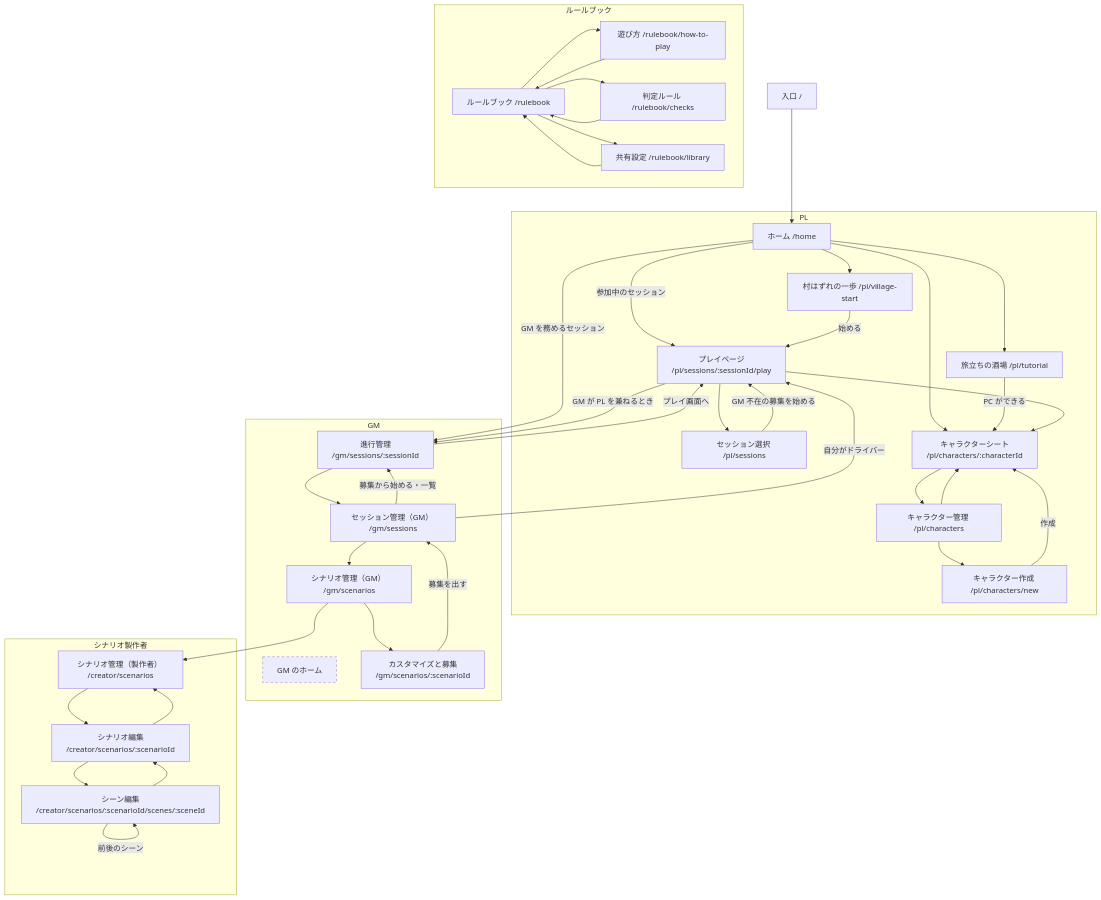
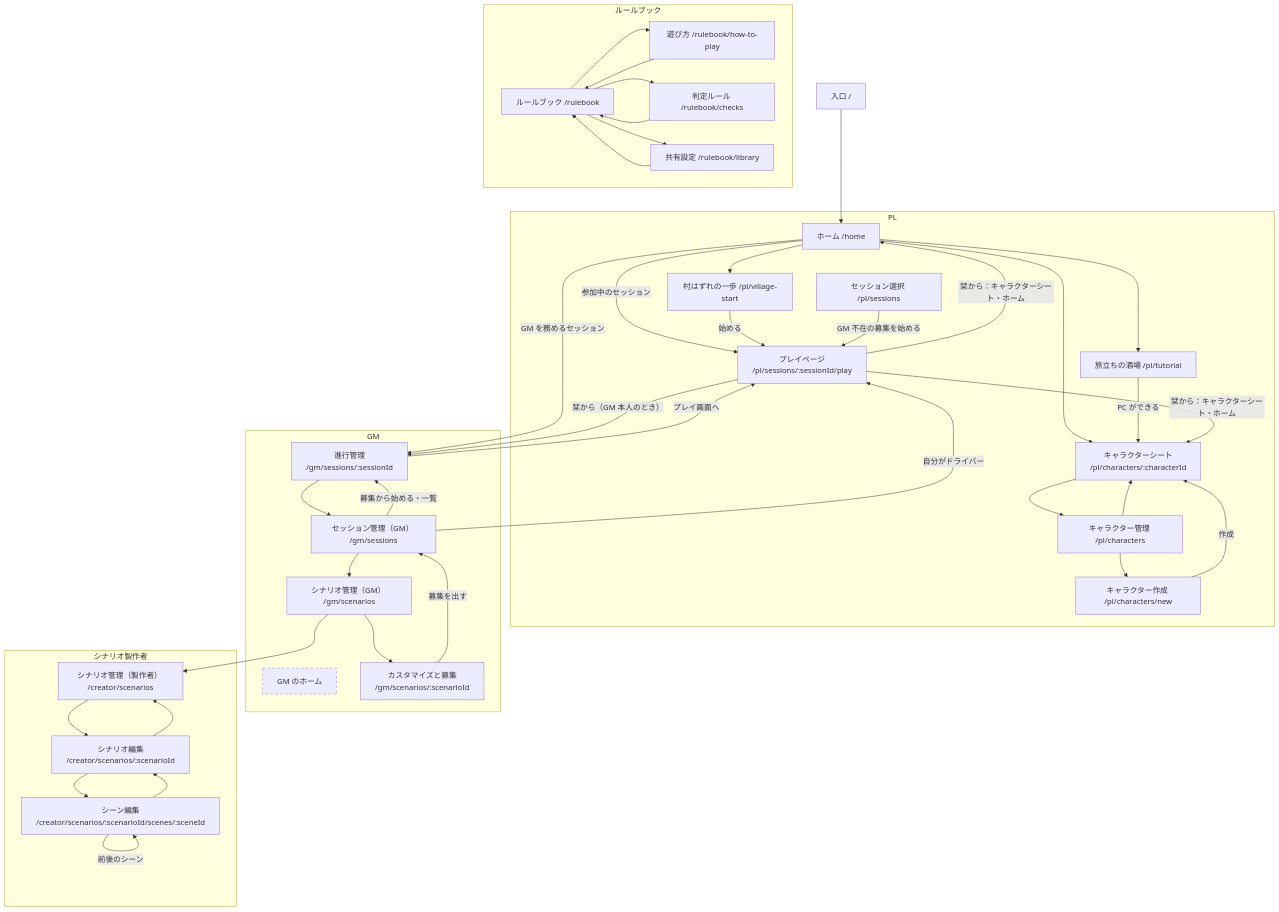
The diagram in docs/screens/index.md (hibohiboo/CarTaGraphFantasy), drawn with Mermaid before and after one commit. The commit also changed other lines of this file and 35 other files, not shown here.

````diff
--- a/docs/screens/index.md
+++ b/docs/screens/index.md
@@ -13,67 +13,67 @@
 ```mermaid
 flowchart TB
   entrance["入口 /"] --> home
 
   subgraph PL["PL"]
     home["ホーム /home"]
     tutorial["旅立ちの酒場 /pl/tutorial"]
     village["村はずれの一歩 /pl/village-start"]
     browse["セッション選択 /pl/sessions"]
     play["プレイページ<br/>/pl/sessions/:sessionId/play"]
     charList["キャラクター管理 /pl/characters"]
     charNew["キャラクター作成 /pl/characters/new"]
     charSheet["キャラクターシート<br/>/pl/characters/:characterId"]
   end
 
   subgraph GM["GM"]
     gmHome["GM のホーム"]:::missing
     gmScenarios["シナリオ管理（GM） /gm/scenarios"]
     gmScenario["カスタマイズと募集<br/>/gm/scenarios/:scenarioId"]
     gmSessions["セッション管理（GM） /gm/sessions"]
     gmSession["進行管理<br/>/gm/sessions/:sessionId"]
   end
 
   subgraph CR["シナリオ製作者"]
     crList["シナリオ管理（製作者） /creator/scenarios"]
     crEdit["シナリオ編集<br/>/creator/scenarios/:scenarioId"]
     crScene["シーン編集<br/>/creator/scenarios/:scenarioId/scenes/:sceneId"]
   end
 
   subgraph RB["ルールブック"]
     rbToc["ルールブック /rulebook"]
     rbHow["遊び方 /rulebook/how-to-play"]
     rbChecks["判定ルール /rulebook/checks"]
     rbLib["共有設定 /rulebook/library"]
   end
 
   home --> tutorial & village & charSheet
   home -->|参加中のセッション| play
   home -->|GM を務めるセッション| gmSession
   tutorial -->|PC ができる| charSheet
   village -->|始める| play
   browse -->|GM 不在の募集を始める| play
   charList --> charNew & charSheet
   charNew -->|作成| charSheet
   charSheet --> charList
-  play --> charSheet & browse
-  play -->|GM が PL を兼ねるとき| gmSession
+  play -->|栞から：キャラクターシート・ホーム| charSheet & home
+  play -->|栞から（GM 本人のとき）| gmSession
 
   gmScenarios --> gmScenario
   gmScenarios --> crList
   gmScenario -->|募集を出す| gmSessions
   gmSessions --> gmScenarios
   gmSessions -->|募集から始める・一覧| gmSession
   gmSessions -->|自分がドライバー| play
   gmSession --> gmSessions
   gmSession -->|プレイ画面へ| play
 
   crList --> crEdit
   crEdit --> crScene & crList
   crScene --> crEdit
   crScene -->|前後のシーン| crScene
 
   rbToc --> rbHow & rbChecks & rbLib
   rbHow & rbChecks & rbLib --> rbToc
 
   classDef missing stroke-dasharray: 5 5
 ```
````
